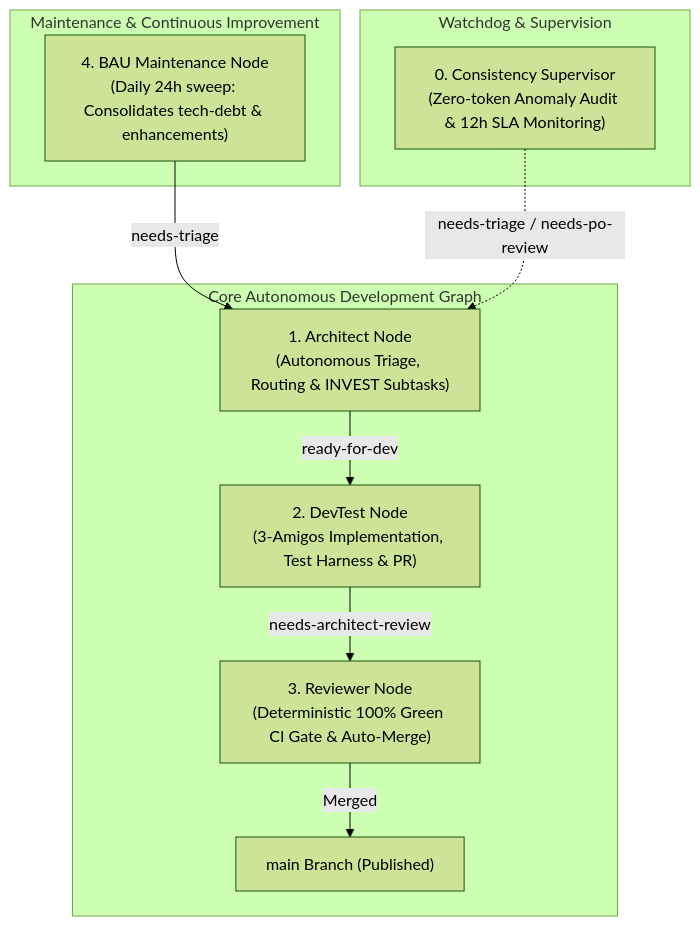
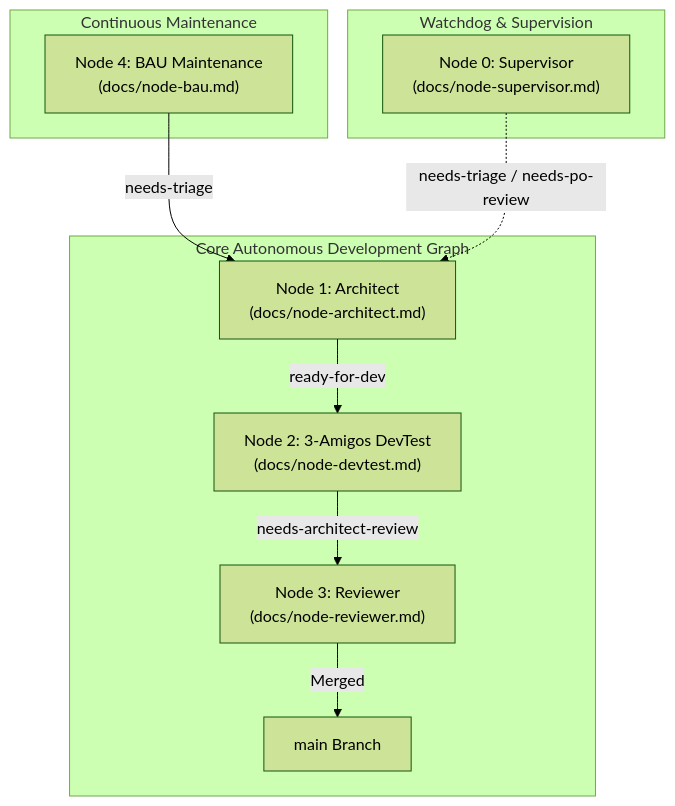
The diagram in README.md (AntaresAndBharani/graph-engineering), drawn with Mermaid (forest theme) before and after one commit. The commit also changed other lines of this file and 11 other files, not shown here.

````diff
--- a/README.md
+++ b/README.md
@@ -11,23 +150,23 @@
 ```mermaid
 flowchart TD
     subgraph Watchdog & Supervision
-        SUP["0. Consistency Supervisor\n(Zero-token Anomaly Audit & 12h SLA Monitoring)"]
+        SUP["Node 0: Supervisor\n(docs/node-supervisor.md)"]
     end
 
     subgraph Core Autonomous Development Graph
-        A["1. Architect Node\n(Autonomous Triage, Routing & INVEST Subtasks)"]
-        B["2. DevTest Node\n(3-Amigos Implementation, Test Harness & PR)"]
-        C["3. Reviewer Node\n(Deterministic 100% Green CI Gate & Auto-Merge)"]
+        A["Node 1: Architect\n(docs/node-architect.md)"]
+        B["Node 2: 3-Amigos DevTest\n(docs/node-devtest.md)"]
+        C["Node 3: Reviewer\n(docs/node-reviewer.md)"]
         
         A -->|ready-for-dev| B
         B -->|needs-architect-review| C
-        C -->|Merged| Main["main Branch (Published)"]
+        C -->|Merged| Main["main Branch"]
     end
 
-    subgraph Maintenance & Continuous Improvement
-        BAU["4. BAU Maintenance Node\n(Daily 24h sweep: Consolidates tech-debt & enhancements)"]
+    subgraph Continuous Maintenance
+        BAU["Node 4: BAU Maintenance\n(docs/node-bau.md)"]
         BAU -->|needs-triage| A
     end
 
     SUP -.->|needs-triage / needs-po-review| A
 ```
````
